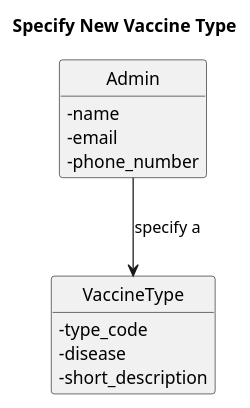
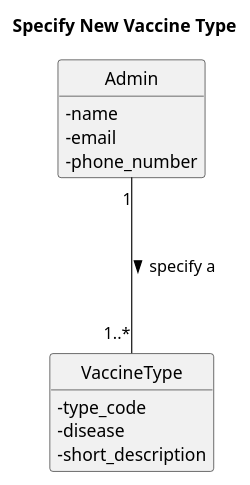
The diagram in docs/Sprint2/US10/puml/US10-MD.puml (Parafita123/leti-esoft-25-26-B1), drawn with PlantUML before and after one commit. The commit also changed 15 other files, not shown here.

```diff
--- a/docs/Sprint2/US10/puml/US10-MD.puml
+++ b/docs/Sprint2/US10/puml/US10-MD.puml
@@ -1,23 +1,24 @@
 @startuml
 
 hide circle
 skinparam classAttributeIconSize 0
 hide methods
 
 title Specify New Vaccine Type
 
 class Admin {
       - name
       - email
       - phone_number
   }
 
   class VaccineType {
        - type_code
        - disease
        - short_description
   }
 
-Admin --> VaccineType: specify a
+Admin "1" -down-- "1..*" VaccineType: specify a >
+
 
 @enduml
```
